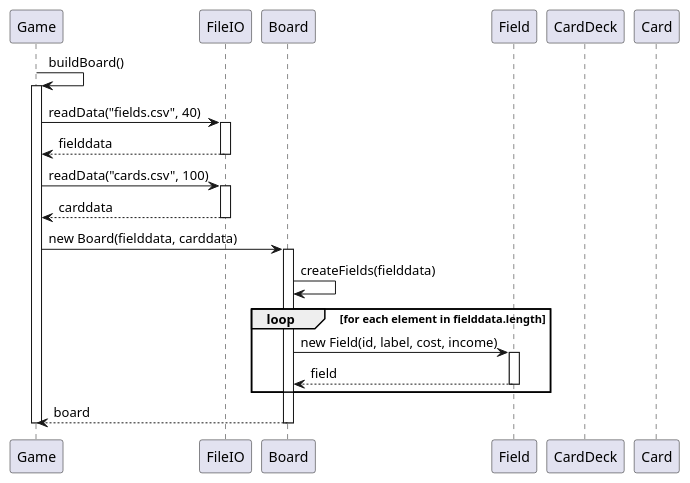
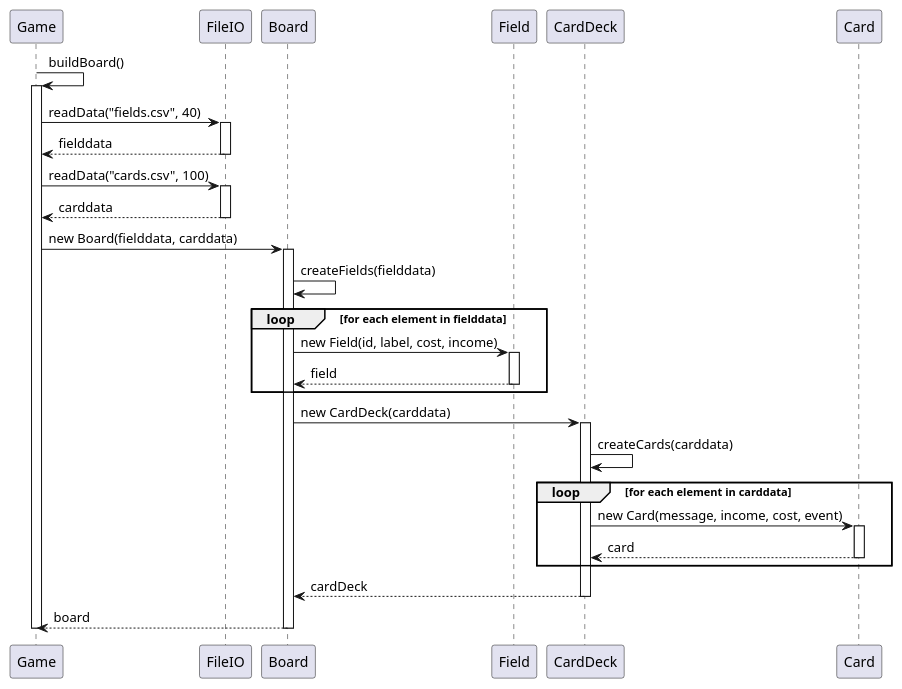
Before and after one commit to Dat1Cphbusiness/MonopolyE25: the diagram in doc/plan/dynamic/sequence_uc1_buildboard.puml, drawn with PlantUML. The commit also changed 3 other files, not shown here.

```diff
--- a/doc/plan/dynamic/sequence_uc1_buildboard.puml
+++ b/doc/plan/dynamic/sequence_uc1_buildboard.puml
@@ -2,46 +1,61 @@
 @startuml
 'https://plantuml.com/sequence-diagram
 participant Game
 participant FileIO
 participant Board
 participant Field
 participant CardDeck
 participant Card
 
 
 Game -> Game: buildBoard()
 activate Game
 Game -> FileIO: readData("fields.csv", 40)
 activate FileIO
 return fielddata
 
+
 Game -> FileIO: readData("cards.csv", 100)
 activate FileIO
 return carddata
-
 
 Game -> Board : new Board(fielddata, carddata)
 activate Board
 
 
 Board -> Board : createFields(fielddata)
 
 
-loop  for each element in fielddata.length
+loop  for each element in fielddata
 
 
 Board -> Field : new Field(id, label, cost, income)
 activate Field
 return field
 
 end
 
-'indsæt kald til readData for at indlæse chance kort data
-'indsæt kald til konstruktoren i CardDeck
-'indsæt kald til createCards
-'indsæt et loop
-'indsæt kald til konstruktoren i Card
+
+
+
+Board -> CardDeck :new CardDeck(carddata)
+activate CardDeck
+
+CardDeck -> CardDeck : createCards(carddata)
+
+
+loop for each element in carddata
+ CardDeck -> Card : new Card(message, income, cost, event)
+ activate Card
+ return card
+
+end
+
+
+
+return  cardDeck
 
 return board
+
 deactivate Game
 @enduml
```
